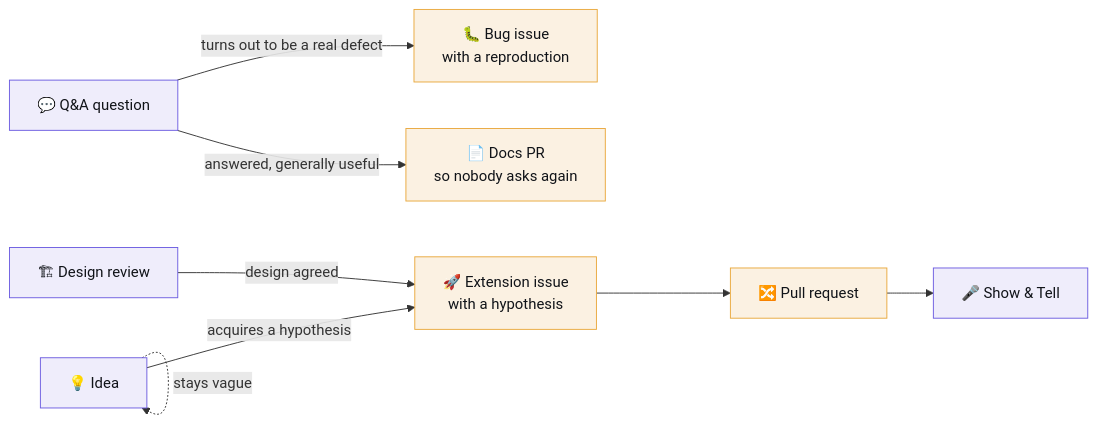
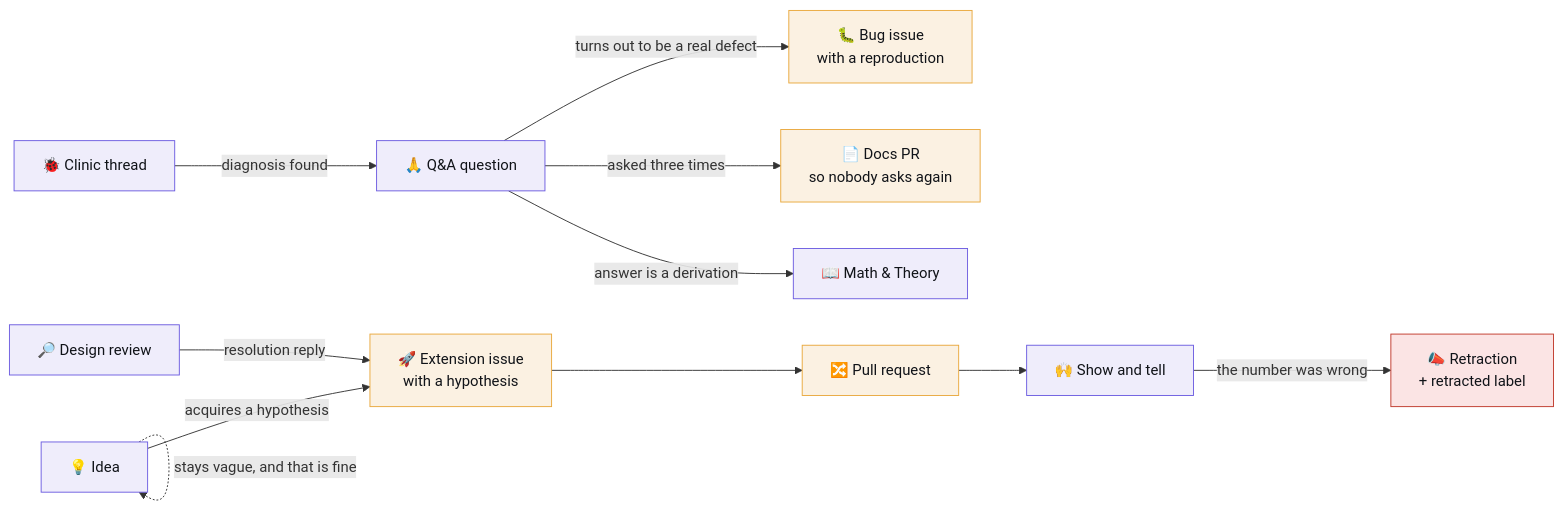
The second of 2 diagrams in docs/10-community/discussions-guide.md (fde-academy-lab/advanced-rag-lab), drawn with Mermaid before and after one commit. The commit also changed other lines of this file and 23 other files, not shown here.

````diff
--- a/docs/10-community/discussions-guide.md
+++ b/docs/10-community/discussions-guide.md
@@ -47,14 +294,19 @@
 ```mermaid
 flowchart LR
-    Q["💬 Q&amp;A question"] -->|"turns out to be a real defect"| I["🐛 Bug issue<br/>with a reproduction"]
-    Q -->|"answered, generally useful"| D["📄 Docs PR<br/>so nobody asks again"]
-    DR["🏗 Design review"] -->|"design agreed"| E["🚀 Extension issue<br/>with a hypothesis"]
+    Q["🙏 Q&amp;A question"] -->|"turns out to be a real defect"| I["🐛 Bug issue<br/>with a reproduction"]
+    Q -->|"asked three times"| D["📄 Docs PR<br/>so nobody asks again"]
+    Q -->|"answer is a derivation"| M["📖 Math &amp; Theory"]
+    C["🐞 Clinic thread"] -->|"diagnosis found"| Q
+    DR["🔎 Design review"] -->|"resolution reply"| E["🚀 Extension issue<br/>with a hypothesis"]
     E --> PR["🔀 Pull request"]
-    PR --> ST["🎤 Show &amp; Tell"]
+    PR --> ST["🙌 Show and tell"]
     ID["💡 Idea"] -->|"acquires a hypothesis"| E
-    ID -.->|"stays vague"| ID
+    ID -.->|"stays vague, and that is fine"| ID
+    ST -->|"the number was wrong"| R["📣 Retraction<br/>+ retracted label"]
     classDef d fill:#EFEDFB,stroke:#6C5CE0,color:#101318
     classDef i fill:#FBF1E2,stroke:#E9A83C,color:#101318
-    class Q,DR,ID,ST d
+    classDef r fill:#FBE4E4,stroke:#C0392B,color:#101318
+    class Q,DR,ID,ST,C,M d
     class I,E,PR,D i
+    class R r
 ```
````
